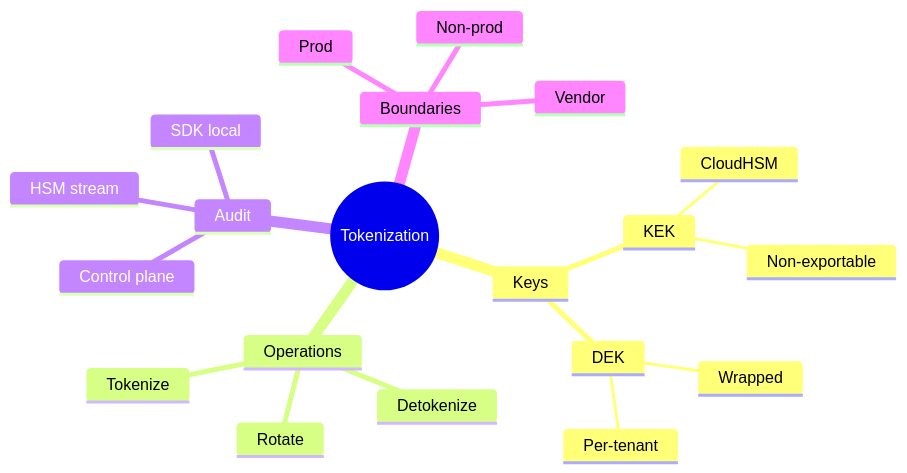
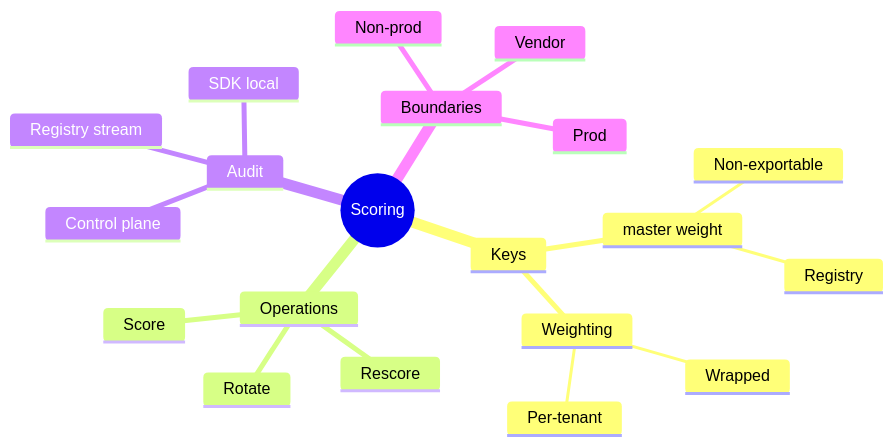
Before and after one commit to SlideWright/lattice: diagram 13 of 25 in lib/components/diagram/diagram/diagram.gallery.md, drawn with Mermaid. The commit also changed other lines of this file and 4 other files, not shown here.

First line of the commit message:
content: re-theme the diagram + baseline showcase decks off codebook

````diff
--- a/lib/components/diagram/diagram/diagram.gallery.md
+++ b/lib/components/diagram/diagram/diagram.gallery.md
@@ -387,23 +387,23 @@
 ```mermaid
 mindmap
-  root((Tokenization))
+  root((Scoring))
     Keys
-      KEK
-        CloudHSM
+      master weight
+        Registry
         Non-exportable
-      DEK
+      Weighting
         Wrapped
         Per-tenant
     Operations
-      Tokenize
-      Detokenize
+      Score
+      Rescore
       Rotate
     Audit
-      HSM stream
+      Registry stream
       Control plane
       SDK local
     Boundaries
       Prod
       Non-prod
       Vendor
 ```
````
